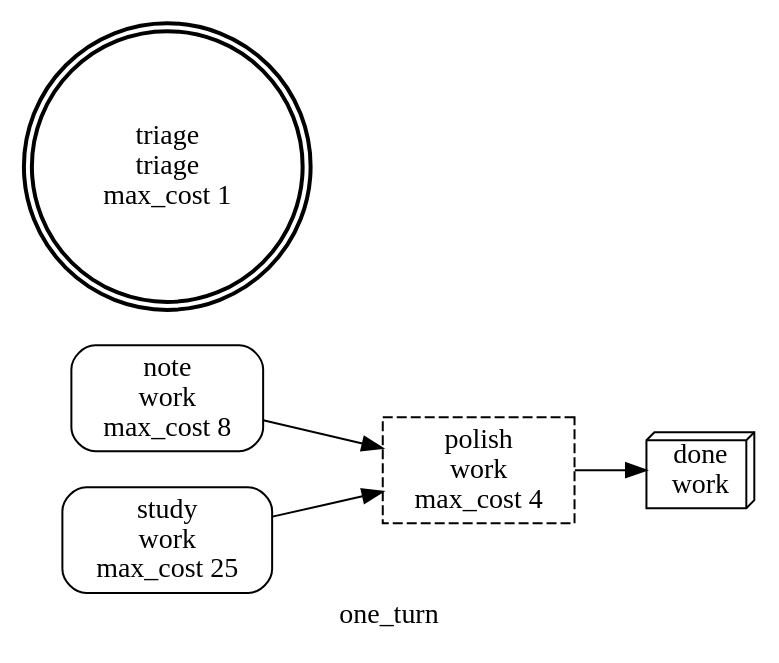
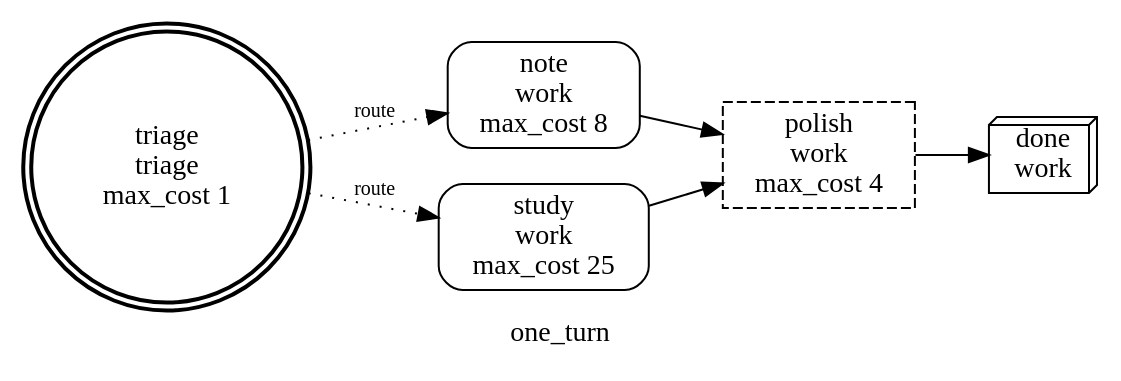
The diagram in one_turn.dot (ontologiae/wkf), drawn with Graphviz before and after one commit. The commit also changed 17 other files, not shown here.

```diff
--- a/one_turn.dot
+++ b/one_turn.dot
@@ -1,17 +1,19 @@
 digraph G {
   rankdir=LR;
   label="one_turn";
   node [shape=box, style="rounded", ];
   "done" [shape=box3d, label="done\nwork", ];
   "note" [label="note\nwork\nmax_cost 8", ];
   "polish" [label="polish\nwork\nmax_cost 4", style="dashed", ];
   "study" [label="study\nwork\nmax_cost 25", ];
   "triage" [shape=doublecircle, label="triage\ntriage\nmax_cost 1",
             style="bold", ];
   
   
   "note" -> "polish";
   "polish" -> "done";
   "study" -> "polish";
+  "triage" -> "note" [fontsize=10, label="route", style="dotted", ];
+  "triage" -> "study" [fontsize=10, label="route", style="dotted", ];
   
   }
```
